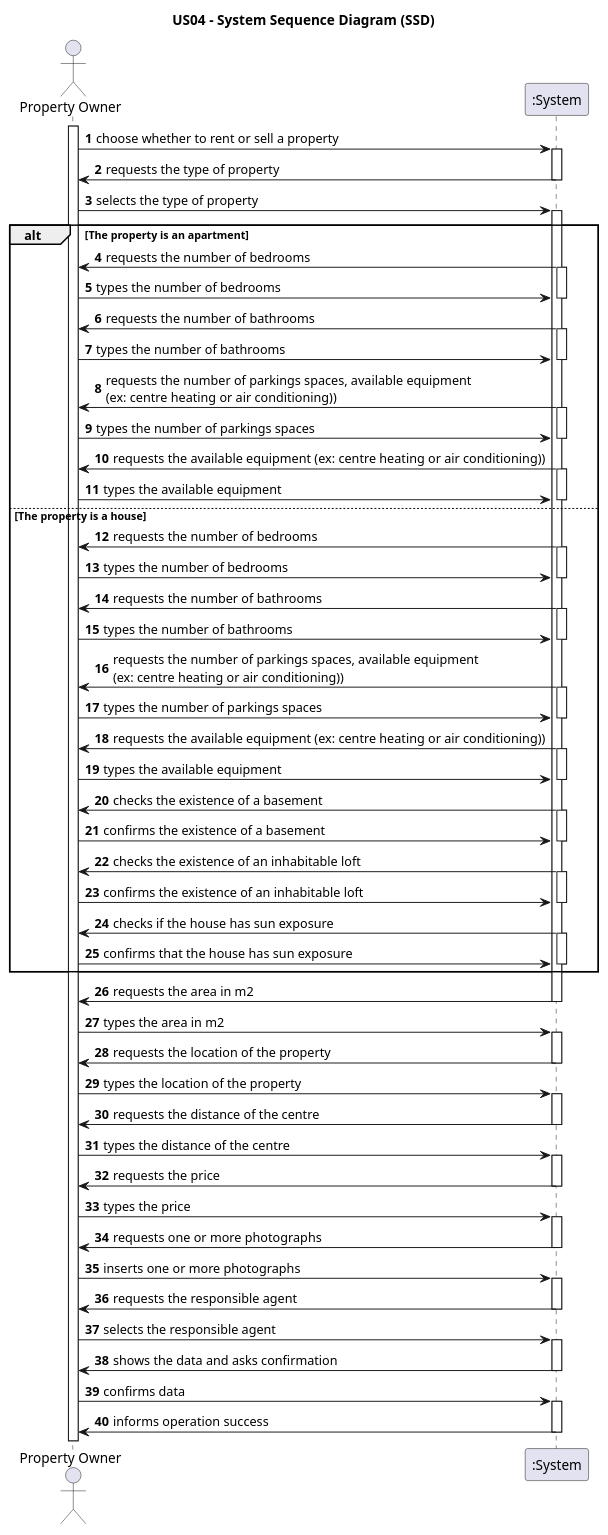
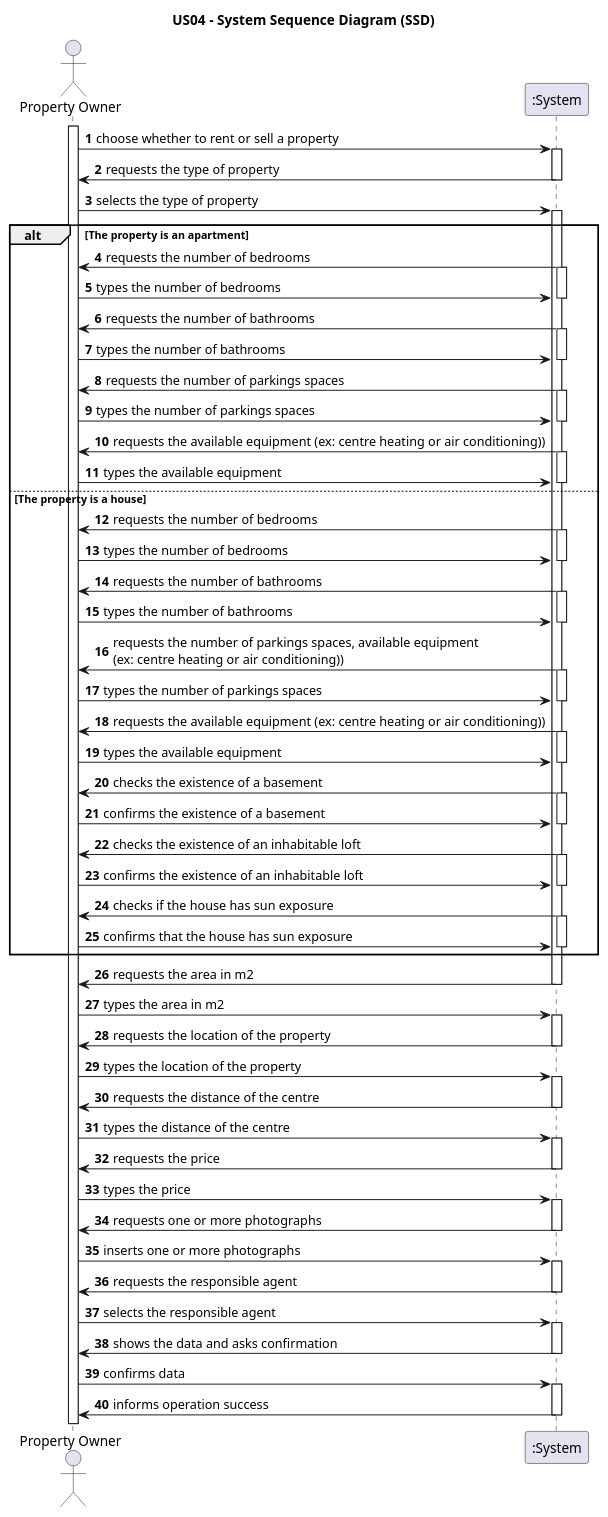
One commit to tiagohcorreia/LAPR2 changed the diagram in docs/sprintB/US004/01.requirements-engineering/puml/SSD_04.puml. Above: the diagram before and after it, drawn with PlantUML.

Commit message:
US004 - SSD Detail fixed

```diff
--- a/docs/sprintB/US004/01.requirements-engineering/puml/SSD_04.puml
+++ b/docs/sprintB/US004/01.requirements-engineering/puml/SSD_04.puml
@@ -1,99 +1,99 @@
 @startuml
 title US04 - System Sequence Diagram (SSD)
 
 autonumber
 
 actor "Property Owner" as Owner
 participant ":System" as System
 
 activate Owner
 
     Owner -> System : choose whether to rent or sell a property
     activate System
 
         System -> Owner : requests the type of property
     deactivate System
         Owner -> System: selects the type of property
     activate System
         alt The property is an apartment
             System -> Owner: requests the number of bedrooms
             activate System
                 Owner-> System: types the number of bedrooms
             deactivate System
                 System -> Owner: requests the number of bathrooms
             activate System
                 Owner-> System: types the number of bathrooms
             deactivate System
-            System -> Owner: requests the number of parkings spaces, available equipment \n(ex: centre heating or air conditioning))
+            System -> Owner: requests the number of parkings spaces
             activate System
                 Owner-> System: types the number of parkings spaces
             deactivate System
                 System -> Owner: requests the available equipment (ex: centre heating or air conditioning))
             activate System
                 Owner-> System: types the available equipment
             deactivate System
         else The property is a house
                 System -> Owner: requests the number of bedrooms
             activate System
                 Owner-> System: types the number of bedrooms
             deactivate System
                 System -> Owner: requests the number of bathrooms
             activate System
                 Owner-> System: types the number of bathrooms
             deactivate System
                 System -> Owner: requests the number of parkings spaces, available equipment \n(ex: centre heating or air conditioning))
             activate System
                 Owner-> System: types the number of parkings spaces
             deactivate System
                 System -> Owner: requests the available equipment (ex: centre heating or air conditioning))
             activate System
                 Owner-> System: types the available equipment
             deactivate System
                 System -> Owner: checks the existence of a basement
             activate System
                 Owner-> System: confirms the existence of a basement
             deactivate System
                 System -> Owner: checks the existence of an inhabitable loft
             activate System
                 Owner-> System: confirms the existence of an inhabitable loft
             deactivate System
                 System -> Owner: checks if the house has sun exposure
             activate System
                 Owner-> System: confirms that the house has sun exposure
             deactivate System
 
         end
         System-> Owner:requests the area in m2
     deactivate System
         Owner->System: types the area in m2
     activate System
         System-> Owner: requests the location of the property
     deactivate System
         Owner-> System: types the location of the property
     activate System
         System-> Owner: requests the distance of the centre
     deactivate System
         Owner-> System: types the distance of the centre
     activate System
         System-> Owner: requests the price
     deactivate System
         Owner -> System: types the price
     activate System
         System-> Owner: requests one or more photographs
     deactivate System
         Owner-> System: inserts one or more photographs
     activate System
         System-> Owner: requests the responsible agent
     deactivate System
         Owner -> System: selects the responsible agent
     activate System
         System-> Owner: shows the data and asks confirmation
     deactivate System
         Owner->System: confirms data
     activate System
         System -> Owner: informs operation success
     deactivate System
 
 
 
 @enduml
```
